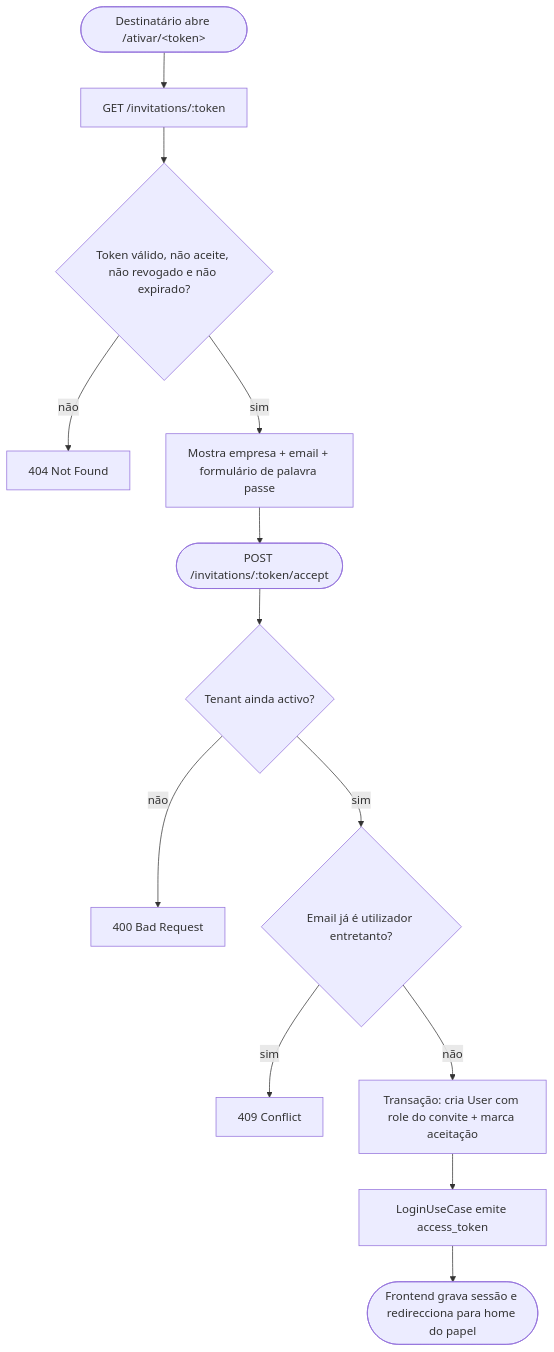
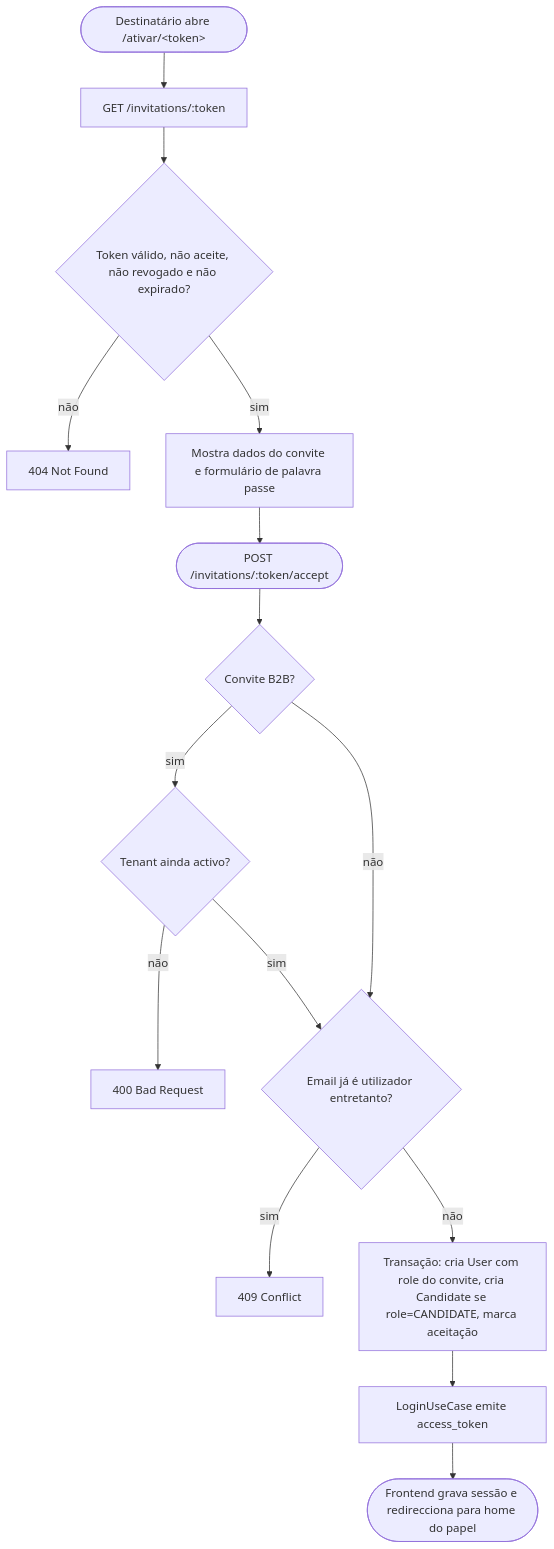
Before and after one commit to AndreXime/deploy-talent: the fourth of 10 diagrams in FLUXOS.md, drawn with Mermaid. The commit also changed other lines of this file and 59 other files, not shown here.

First line of the commit message:
feat(sourcing): converte sourcing em nudge por email com 3 outcomes

````diff
--- a/FLUXOS.md
+++ b/FLUXOS.md
@@ -72,15 +72,17 @@
 ```mermaid
 flowchart TD
     open([Destinatário abre /ativar/&lt;token&gt;]) --> preview[GET /invitations/:token]
     preview --> valid{Token válido, não aceite, não revogado e não expirado?}
     valid -- não --> err404[404 Not Found]
-    valid -- sim --> show[Mostra empresa + email + formulário de palavra passe]
+    valid -- sim --> show[Mostra dados do convite e formulário de palavra passe]
     show --> submit([POST /invitations/:token/accept])
-    submit --> tenantOk{Tenant ainda activo?}
+    submit --> isB2b{Convite B2B?}
+    isB2b -- sim --> tenantOk{Tenant ainda activo?}
     tenantOk -- não --> err400[400 Bad Request]
+    isB2b -- não --> clash
     tenantOk -- sim --> clash{Email já é utilizador entretanto?}
     clash -- sim --> err409[409 Conflict]
-    clash -- não --> tx[Transação: cria User com role do convite + marca aceitação]
+    clash -- não --> tx[Transação: cria User com role do convite, cria Candidate se role=CANDIDATE, marca aceitação]
     tx --> jwt[LoginUseCase emite access_token]
     jwt --> done([Frontend grava sessão e redirecciona para home do papel])
 ```
````
